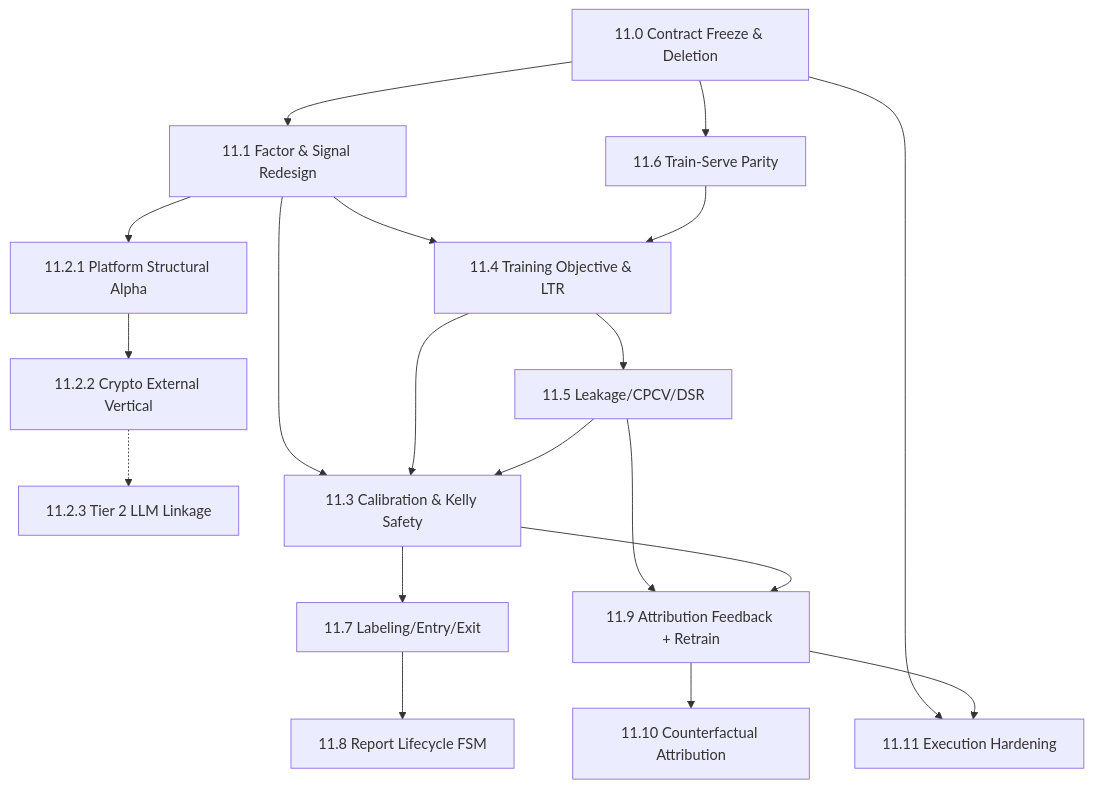
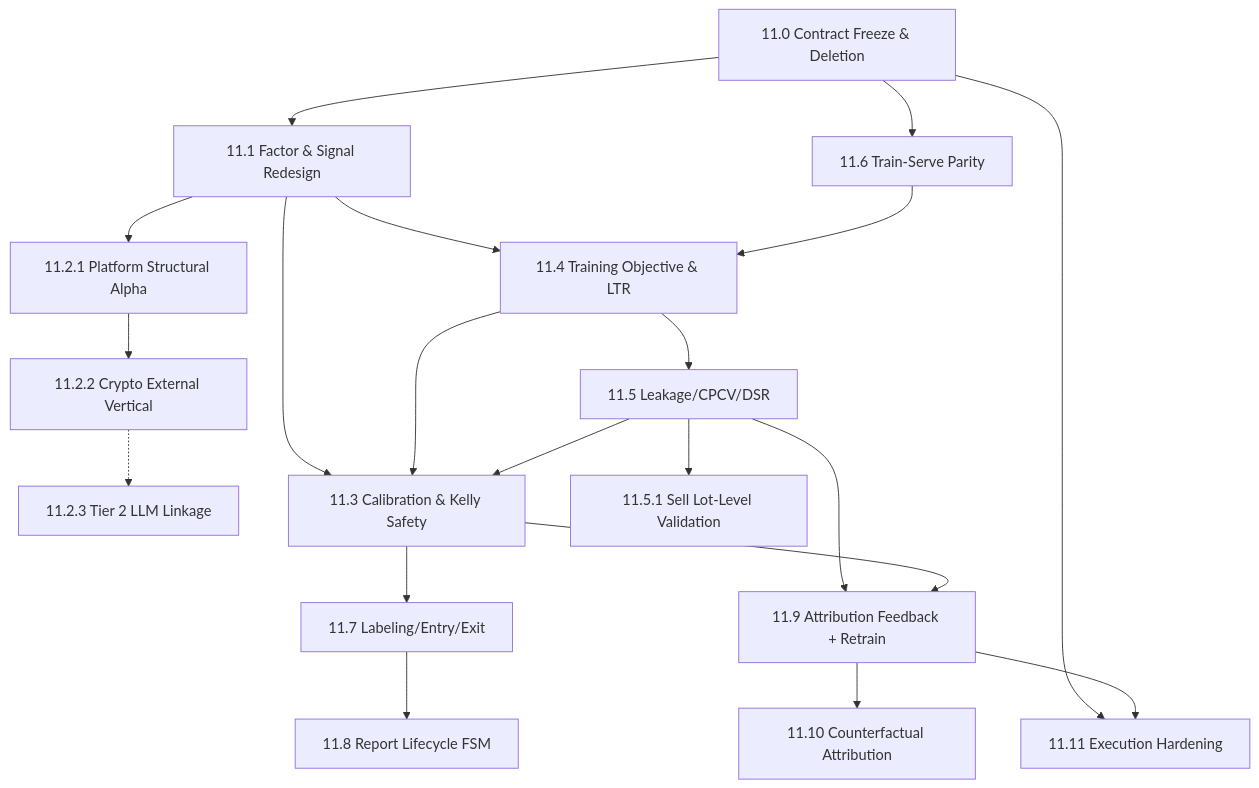
Before and after one commit to solomon-ssy/oxide-arb: the diagram in docs/plans/quant-pivot/phase-11/README.md, drawn with Mermaid. The commit also changed other lines of this file and 83 other files, not shown here.

````diff
--- a/docs/plans/quant-pivot/phase-11/README.md
+++ b/docs/plans/quant-pivot/phase-11/README.md
@@ -91,36 +92,38 @@
 ```mermaid
 flowchart TD
     P110["11.0 Contract Freeze & Deletion"]
     P111["11.1 Factor & Signal Redesign"]
     P1121["11.2.1 Platform Structural Alpha"]
     P1122["11.2.2 Crypto External Vertical"]
     P1123["11.2.3 Tier 2 LLM Linkage"]
     P113["11.3 Calibration & Kelly Safety"]
     P114["11.4 Training Objective & LTR"]
     P115["11.5 Leakage/CPCV/DSR"]
+    P1151["11.5.1 Sell Lot-Level Validation"]
     P116["11.6 Train-Serve Parity"]
     P117["11.7 Labeling/Entry/Exit"]
     P118["11.8 Report Lifecycle FSM"]
     P119["11.9 Attribution Feedback + Retrain"]
     P1110["11.10 Counterfactual Attribution"]
     P1111["11.11 Execution Hardening"]
 
     P110 --> P111
     P110 --> P116
     P111 --> P1121
     P1121 --> P1122
     P1122 -.-> P1123
     P111 --> P114
     P116 --> P114
     P114 --> P115
     P111 --> P113
     P114 --> P113
     P115 --> P113
+    P115 --> P1151
     P113 --> P117
     P117 --> P118
     P115 --> P119
     P113 --> P119
     P119 --> P1110
     P110 --> P1111
     P119 --> P1111
 ```
````
